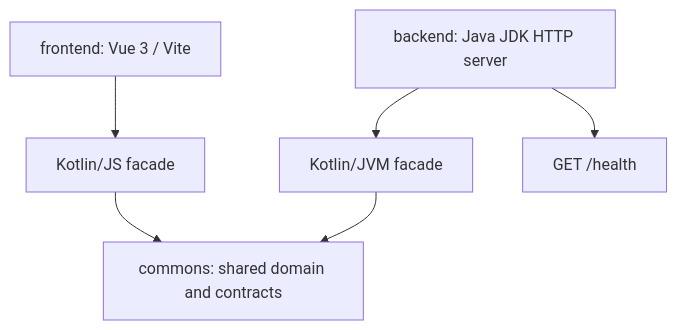
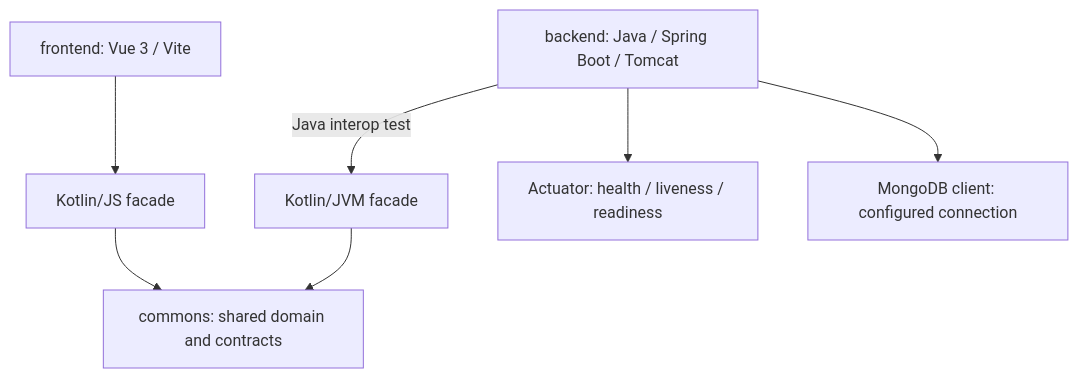
The first of 3 diagrams in docs/architecture.md (lorenzotosi/sticky-notes), drawn with Mermaid before and after one commit. The commit also changed other lines of this file and 14 other files, not shown here.

First line of the commit message:
feat(backend): bootstrap Spring Boot application

````diff
--- a/docs/architecture.md
+++ b/docs/architecture.md
@@ -12,8 +12,9 @@
 ```mermaid
 graph TD
     Frontend["frontend: Vue 3 / Vite"] --> JsFacade["Kotlin/JS facade"]
-    Backend["backend: Java JDK HTTP server"] --> JvmFacade["Kotlin/JVM facade"]
+    Backend["backend: Java / Spring Boot / Tomcat"] -->|Java interop test| JvmFacade["Kotlin/JVM facade"]
     JsFacade --> Domain["commons: shared domain and contracts"]
     JvmFacade --> Domain
-    Backend --> Health["GET /health"]
+    Backend --> Health["Actuator: health / liveness / readiness"]
+    Backend --> MongoClient["MongoDB client: configured connection"]
 ```
````
